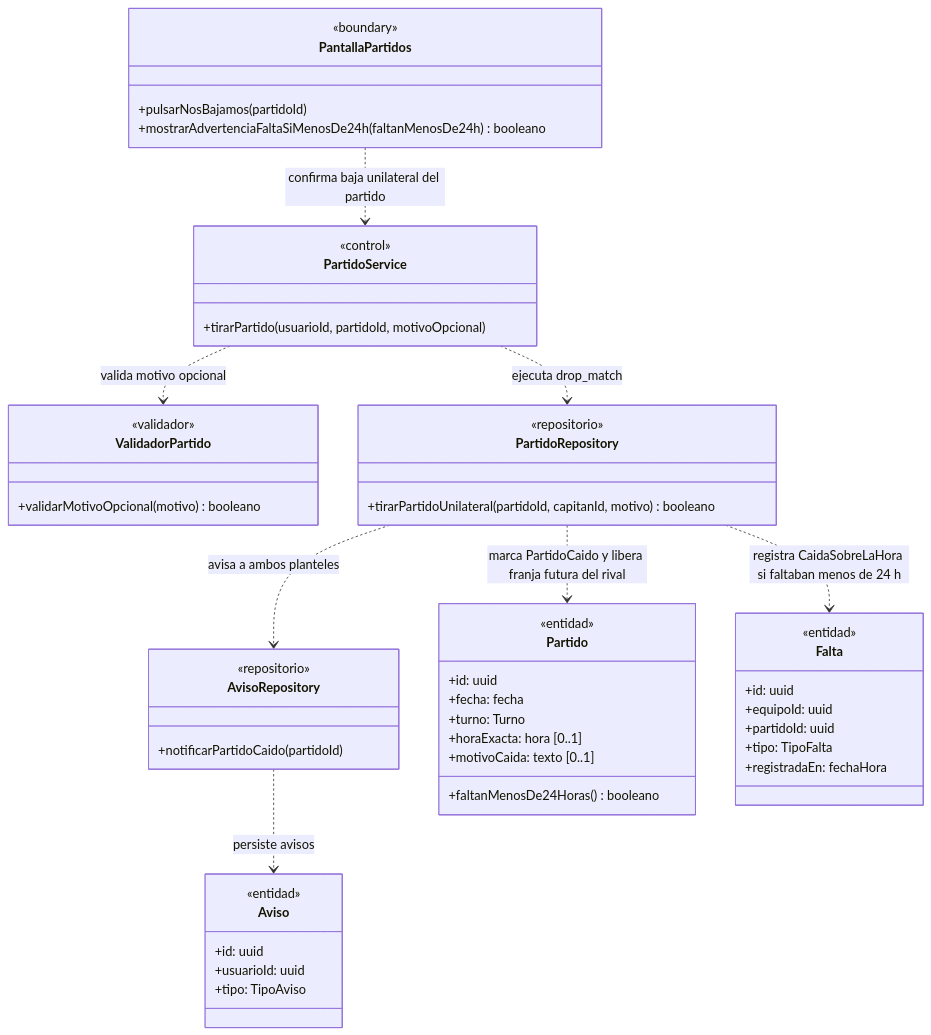
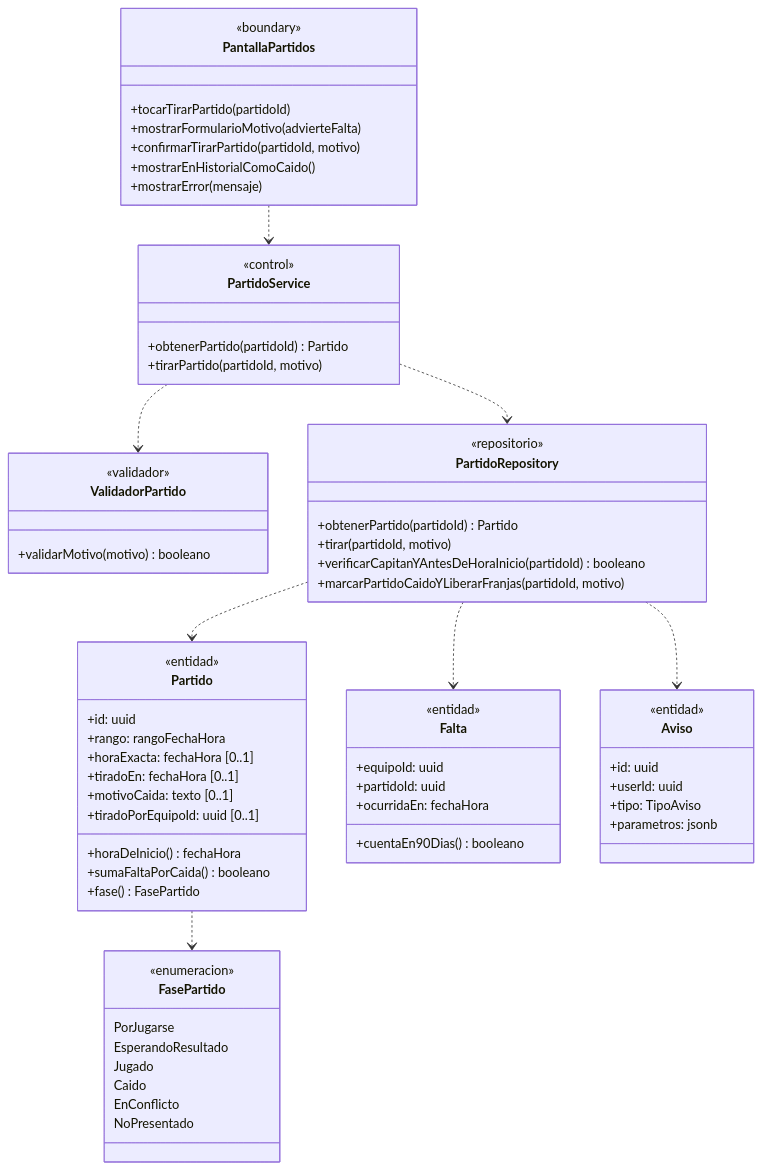
The tenth of 15 diagrams in docs/diagramas-de-clase/partidos.md (nicqletal/torneos-scraper), drawn with Mermaid before and after one commit. The commit also changed other lines of this file and 13 other files, not shown here.

````diff
--- a/docs/diagramas-de-clase/partidos.md
+++ b/docs/diagramas-de-clase/partidos.md
@@ -635,55 +762,69 @@
 ```mermaid
 classDiagram
-direction TB
 class PantallaPartidos {
   <<boundary>>
-  +pulsarNosBajamos(partidoId)
-  +mostrarAdvertenciaFaltaSiMenosDe24h(faltanMenosDe24h) booleano
+  +tocarTirarPartido(partidoId)
+  +mostrarFormularioMotivo(advierteFalta)
+  +confirmarTirarPartido(partidoId, motivo)
+  +mostrarEnHistorialComoCaido()
+  +mostrarError(mensaje)
 }
 class PartidoService {
   <<control>>
-  +tirarPartido(usuarioId, partidoId, motivoOpcional)
+  +obtenerPartido(partidoId) Partido
+  +tirarPartido(partidoId, motivo)
 }
 class ValidadorPartido {
   <<validador>>
-  +validarMotivoOpcional(motivo) booleano
+  +validarMotivo(motivo) booleano
 }
 class PartidoRepository {
   <<repositorio>>
-  +tirarPartidoUnilateral(partidoId, capitanId, motivo) booleano
-}
-class AvisoRepository {
-  <<repositorio>>
-  +notificarPartidoCaido(partidoId)
+  +obtenerPartido(partidoId) Partido
+  +tirar(partidoId, motivo)
+  +verificarCapitanYAntesDeHoraInicio(partidoId) booleano
+  +marcarPartidoCaidoYLiberarFranjas(partidoId, motivo)
 }
 class Partido {
   <<entidad>>
   +id: uuid
-  +fecha: fecha
-  +turno: Turno
-  +horaExacta: hora [0..1]
+  +rango: rangoFechaHora
+  +horaExacta: fechaHora [0..1]
+  +tiradoEn: fechaHora [0..1]
   +motivoCaida: texto [0..1]
-  +faltanMenosDe24Horas() booleano
+  +tiradoPorEquipoId: uuid [0..1]
+  +horaDeInicio() fechaHora
+  +sumaFaltaPorCaida() booleano
+  +fase() FasePartido
 }
 class Falta {
   <<entidad>>
-  +id: uuid
   +equipoId: uuid
   +partidoId: uuid
-  +tipo: TipoFalta
-  +registradaEn: fechaHora
+  +ocurridaEn: fechaHora
+  +cuentaEn90Dias() booleano
 }
 class Aviso {
   <<entidad>>
   +id: uuid
-  +usuarioId: uuid
+  +userId: uuid
   +tipo: TipoAviso
+  +parametros: jsonb
 }
-PantallaPartidos ..> PartidoService : confirma baja unilateral del partido
-PartidoService ..> ValidadorPartido : valida motivo opcional
-PartidoService ..> PartidoRepository : ejecuta drop_match
-PartidoRepository ..> Partido : marca PartidoCaido y libera franja futura del rival
-PartidoRepository ..> Falta : registra CaidaSobreLaHora si faltaban menos de 24 h
-PartidoRepository ..> AvisoRepository : avisa a ambos planteles
-AvisoRepository ..> Aviso : persiste avisos
+class FasePartido {
+  <<enumeracion>>
+  PorJugarse
+  EsperandoResultado
+  Jugado
+  Caido
+  EnConflicto
+  NoPresentado
+}
+PantallaPartidos ..> PartidoService
+PartidoService ..> ValidadorPartido
+PartidoService ..> PartidoRepository
+PartidoRepository ..> Partido
+PartidoRepository ..> Falta
+PartidoRepository ..> Aviso
+Partido ..> FasePartido
 ```
````
